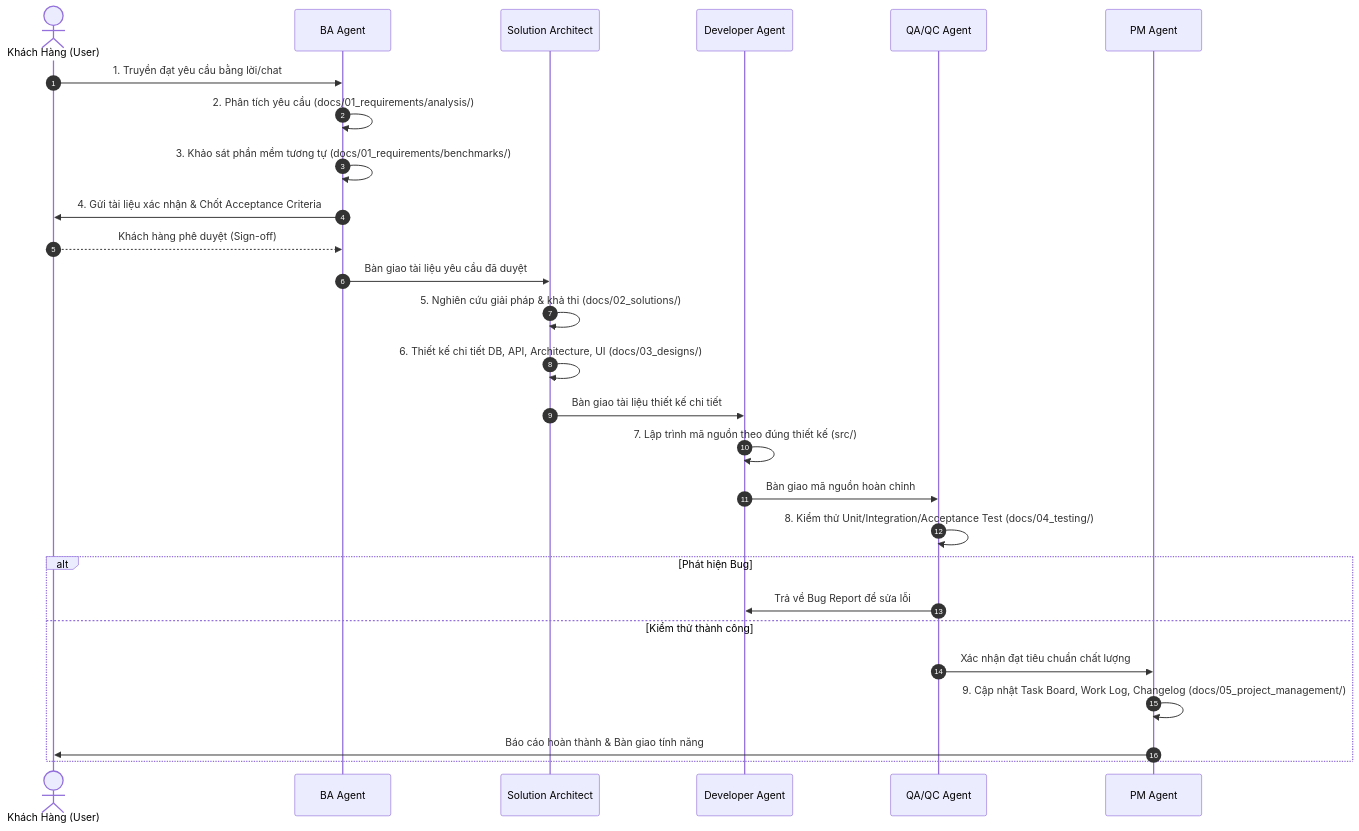
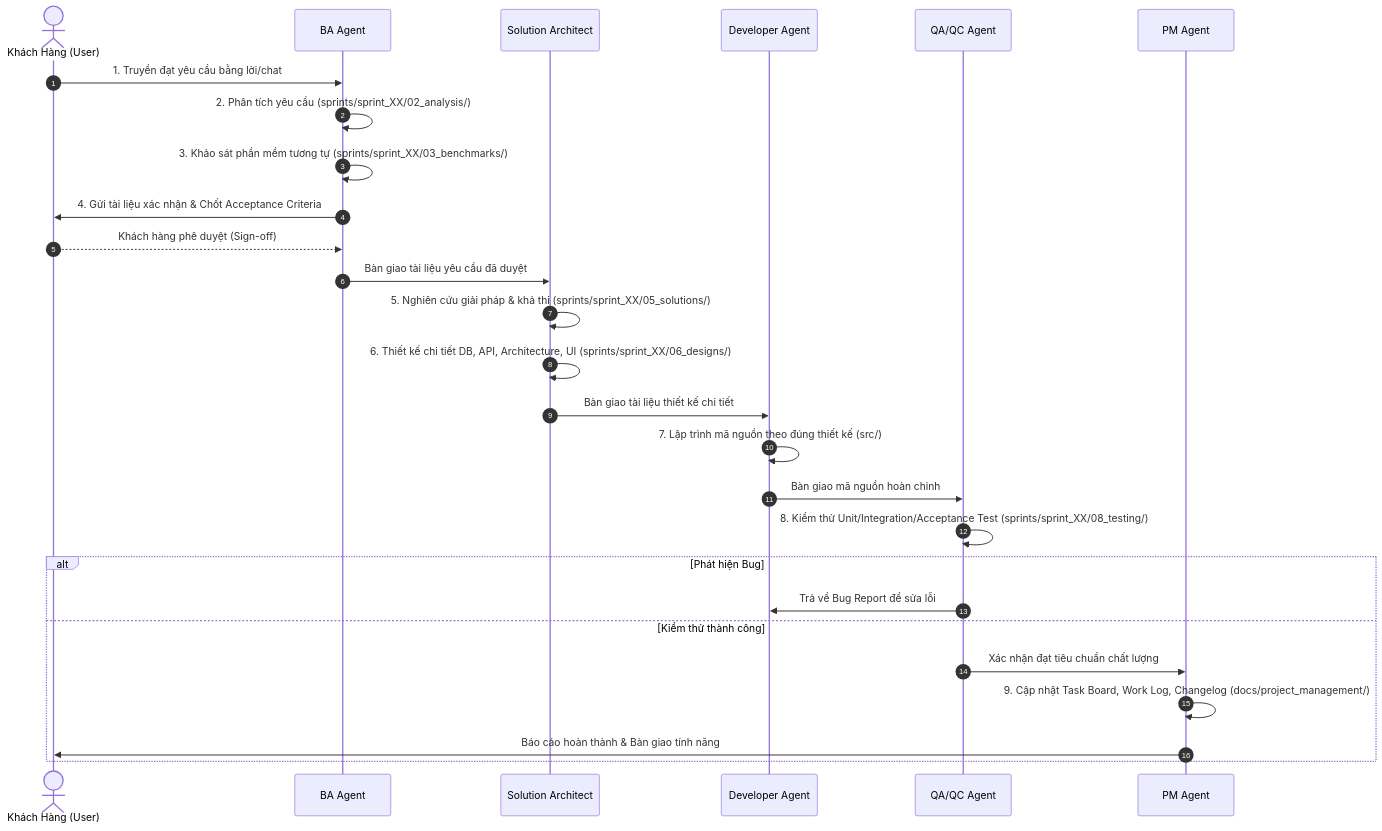
One commit to min3rd/open-erp changed the diagram in .agents/skills/sdlc-workflow/SKILL.md. Above: the diagram before and after it, drawn with Mermaid. The commit also changed other lines of this file and 24 other files, not shown here.

````diff
--- a/.agents/skills/sdlc-workflow/SKILL.md
+++ b/.agents/skills/sdlc-workflow/SKILL.md
@@ -14,30 +14,30 @@
 ```mermaid
 sequenceDiagram
     autonumber
     actor Customer as Khách Hàng (User)
     participant BA as BA Agent
     participant SA as Solution Architect
     participant Dev as Developer Agent
     participant QA as QA/QC Agent
     participant PM as PM Agent
 
     Customer->>BA: 1. Truyền đạt yêu cầu bằng lời/chat
-    BA->>BA: 2. Phân tích yêu cầu (docs/01_requirements/analysis/)
-    BA->>BA: 3. Khảo sát phần mềm tương tự (docs/01_requirements/benchmarks/)
+    BA->>BA: 2. Phân tích yêu cầu (sprints/sprint_XX/02_analysis/)
+    BA->>BA: 3. Khảo sát phần mềm tương tự (sprints/sprint_XX/03_benchmarks/)
     BA->>Customer: 4. Gửi tài liệu xác nhận & Chốt Acceptance Criteria
     Customer-->>BA: Khách hàng phê duyệt (Sign-off)
     BA->>SA: Bàn giao tài liệu yêu cầu đã duyệt
-    SA->>SA: 5. Nghiên cứu giải pháp & khả thi (docs/02_solutions/)
-    SA->>SA: 6. Thiết kế chi tiết DB, API, Architecture, UI (docs/03_designs/)
+    SA->>SA: 5. Nghiên cứu giải pháp & khả thi (sprints/sprint_XX/05_solutions/)
+    SA->>SA: 6. Thiết kế chi tiết DB, API, Architecture, UI (sprints/sprint_XX/06_designs/)
     SA->>Dev: Bàn giao tài liệu thiết kế chi tiết
     Dev->>Dev: 7. Lập trình mã nguồn theo đúng thiết kế (src/)
     Dev->>QA: Bàn giao mã nguồn hoàn chỉnh
-    QA->>QA: 8. Kiểm thử Unit/Integration/Acceptance Test (docs/04_testing/)
+    QA->>QA: 8. Kiểm thử Unit/Integration/Acceptance Test (sprints/sprint_XX/08_testing/)
     alt Phát hiện Bug
         QA->>Dev: Trả về Bug Report để sửa lỗi
     else Kiểm thử thành công
         QA->>PM: Xác nhận đạt tiêu chuẩn chất lượng
-        PM->>PM: 9. Cập nhật Task Board, Work Log, Changelog (docs/05_project_management/)
+        PM->>PM: 9. Cập nhật Task Board, Work Log, Changelog (docs/project_management/)
         PM->>Customer: Báo cáo hoàn thành & Bàn giao tính năng
     end
 ```
````
